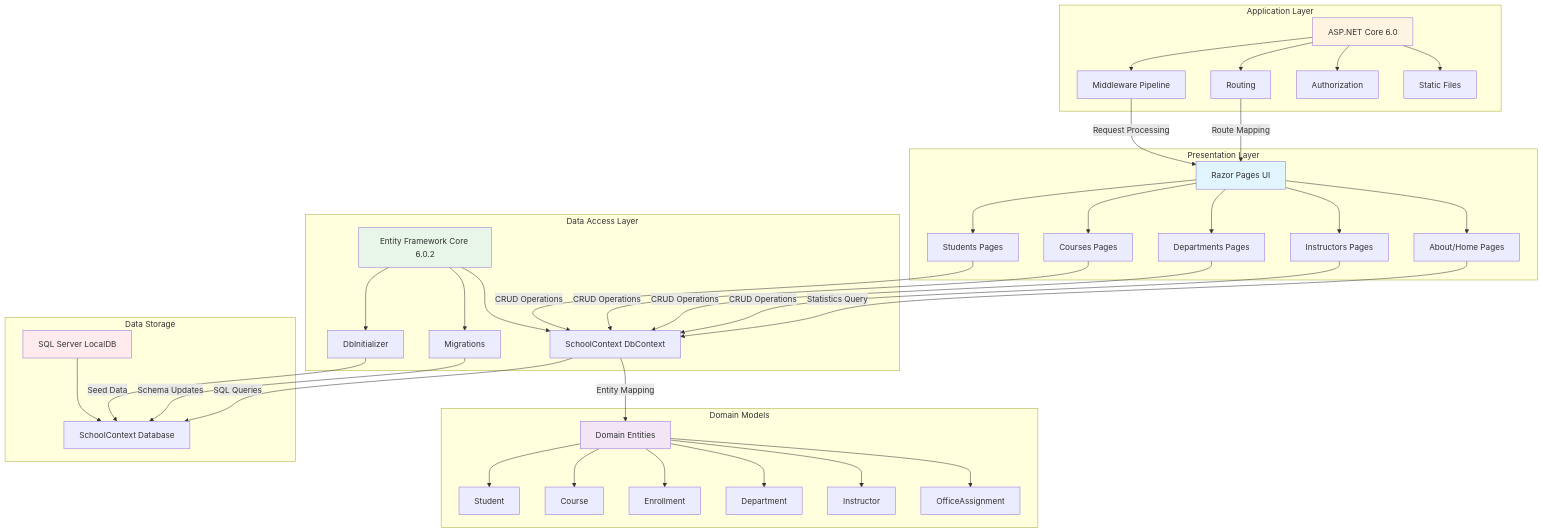
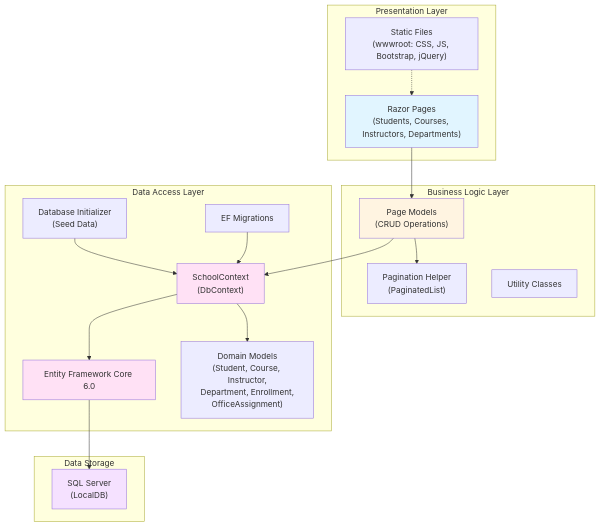
The diagram in .github/modernize/assessment-diagram.md (zhoufenqin/ContosoUniversity), drawn with Mermaid before and after one commit. The commit also changed other lines of this file and 1 other file, not shown here.

Commit message:
Add AppCAT assessment report and architecture diagram

````diff
--- a/.github/modernize/assessment-diagram.md
+++ b/.github/modernize/assessment-diagram.md
@@ -11,85 +12,42 @@
 ```mermaid
 graph TB
     subgraph "Presentation Layer"
-        A[Razor Pages UI]
-        A1[Students Pages]
-        A2[Courses Pages]
-        A3[Departments Pages]
-        A4[Instructors Pages]
-        A5[About/Home Pages]
-        
-        A --> A1
-        A --> A2
-        A --> A3
-        A --> A4
-        A --> A5
+        RazorPages["Razor Pages<br/>(Students, Courses, Instructors, Departments)"]
+        StaticFiles["Static Files<br/>(wwwroot: CSS, JS, Bootstrap, jQuery)"]
     end
     
-    subgraph "Application Layer"
-        B[ASP.NET Core 6.0]
-        B1[Middleware Pipeline]
-        B2[Routing]
-        B3[Authorization]
-        B4[Static Files]
-        
-        B --> B1
-        B --> B2
-        B --> B3
-        B --> B4
+    subgraph "Business Logic Layer"
+        PageModels["Page Models<br/>(CRUD Operations)"]
+        Pagination["Pagination Helper<br/>(PaginatedList)"]
+        Utility["Utility Classes"]
     end
     
     subgraph "Data Access Layer"
-        C[Entity Framework Core 6.0.2]
-        C1[SchoolContext DbContext]
-        C2[DbInitializer]
-        C3[Migrations]
-        
-        C --> C1
-        C --> C2
-        C --> C3
-    end
-    
-    subgraph "Domain Models"
-        D[Domain Entities]
-        D1[Student]
-        D2[Course]
-        D3[Enrollment]
-        D4[Department]
-        D5[Instructor]
-        D6[OfficeAssignment]
-        
-        D --> D1
-        D --> D2
-        D --> D3
-        D --> D4
-        D --> D5
-        D --> D6
+        EFCore["Entity Framework Core 6.0"]
+        SchoolContext["SchoolContext<br/>(DbContext)"]
+        Models["Domain Models<br/>(Student, Course, Instructor,<br/>Department, Enrollment,<br/>OfficeAssignment)"]
+        DbInitializer["Database Initializer<br/>(Seed Data)"]
+        Migrations["EF Migrations"]
     end
     
     subgraph "Data Storage"
-        E[SQL Server LocalDB]
-        E1[SchoolContext Database]
-        
-        E --> E1
+        SQLServer["SQL Server<br/>(LocalDB)"]
     end
     
-    A1 -->|CRUD Operations| C1
-    A2 -->|CRUD Operations| C1
-    A3 -->|CRUD Operations| C1
-    A4 -->|CRUD Operations| C1
-    A5 -->|Statistics Query| C1
+    RazorPages --> PageModels
+    PageModels --> Pagination
+    PageModels --> SchoolContext
+    SchoolContext --> Models
+    SchoolContext --> EFCore
+    DbInitializer --> SchoolContext
+    Migrations --> SchoolContext
+    EFCore --> SQLServer
     
-    B1 -->|Request Processing| A
-    B2 -->|Route Mapping| A
-    
-    C1 -->|Entity Mapping| D
-    C2 -->|Seed Data| E1
-    C3 -->|Schema Updates| E1
-    C1 -->|SQL Queries| E1
-    
-    style A fill:#e1f5ff
-    style B fill:#fff4e1
-    style C fill:#e8f5e9
-    style D fill:#f3e5f5
-    style E fill:#ffebee
+    StaticFiles -.-> RazorPages
+
+    style RazorPages fill:#e1f5ff
+    style PageModels fill:#fff4e1
+    style SchoolContext fill:#ffe1f5
+    style EFCore fill:#ffe1f5
+    style SQLServer fill:#f5e1ff
 ```
````
